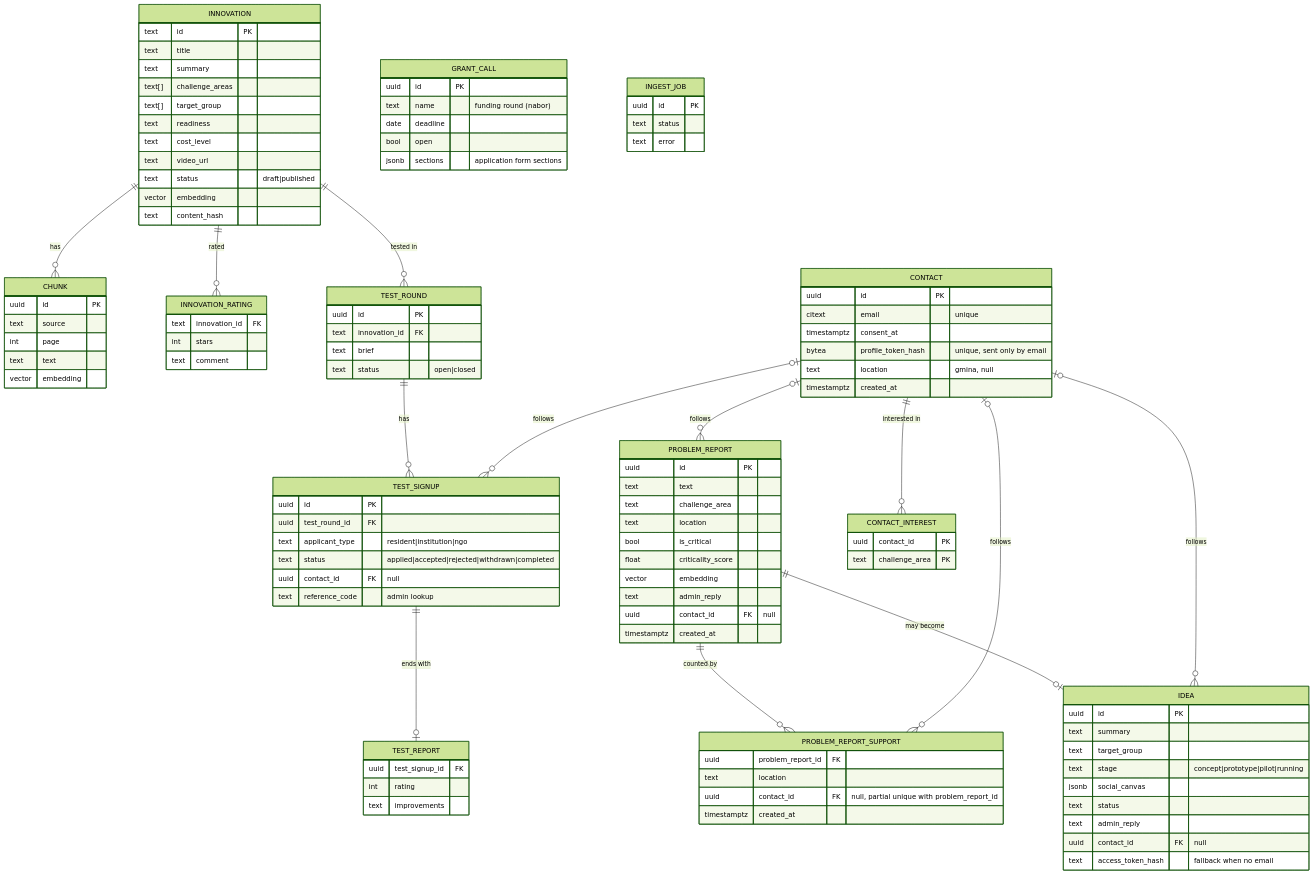
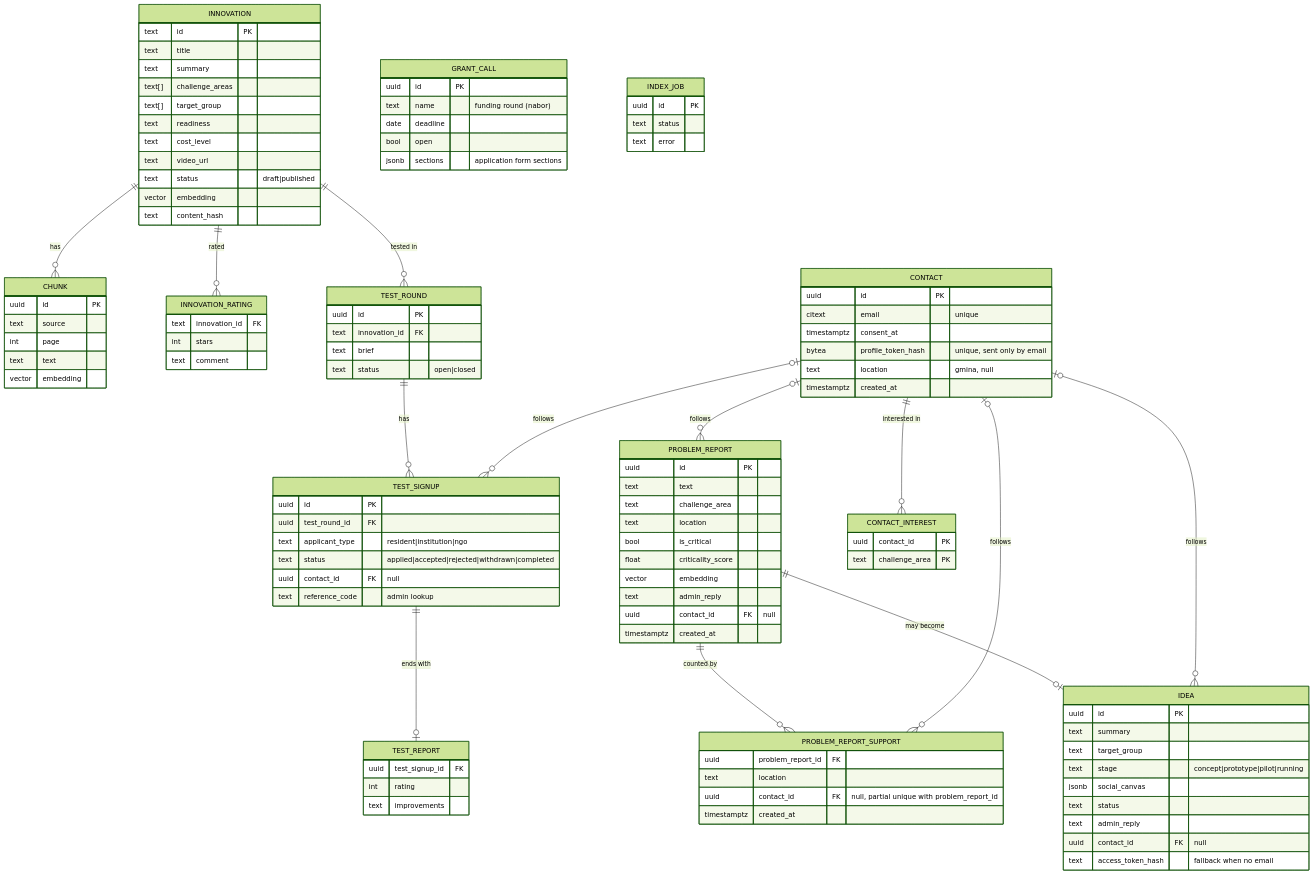
Before and after one commit to DziadBud/HackYeah2026: the fourth of 4 diagrams in documentation/backend/architecture.md, drawn with Mermaid (forest theme). The commit also changed other lines of this file and 4 other files, not shown here.

```diff
--- a/documentation/backend/architecture.md
+++ b/documentation/backend/architecture.md
@@ -258,7 +258,7 @@
         bool open
         jsonb sections "application form sections"
     }
-    INGEST_JOB {
+    INDEX_JOB {
         uuid id PK
         text status
         text error
```
